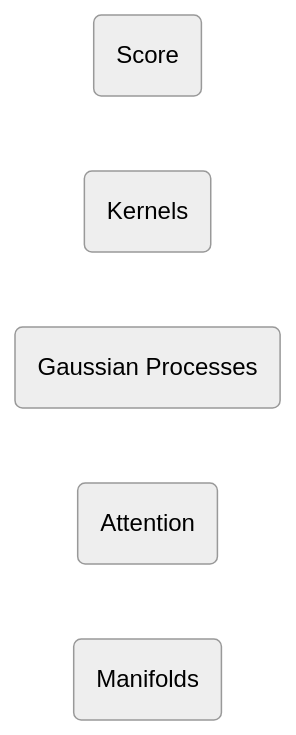
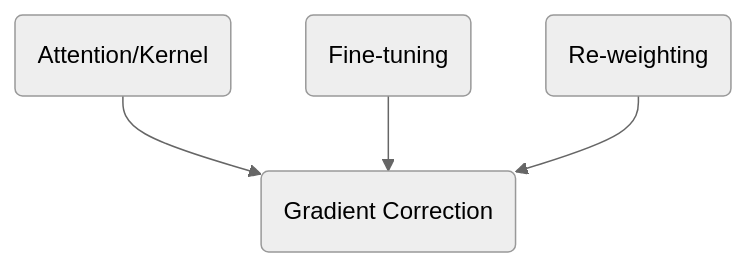
Before and after one commit to pharringtonp19/rfp: the diagram in docs/index.md, drawn with Mermaid (neutral theme). The commit also changed other lines of this file and 58 other files, not shown here.

````diff
--- a/docs/index.md
+++ b/docs/index.md
@@ -43,8 +38,6 @@
-``` mermaid
-flowchart LR
-    A(Score);
-    B(Kernels);
-    C(Gaussian Processes);
-    D(Attention);
-    E(Manifolds);
+```mermaid 
+flowchart TB 
+A(Attention/Kernel) --> Z(Gradient Correction);
+B(Fine-tuning) -->Z;
+C(Re-weighting) -->Z;
 ```
````
